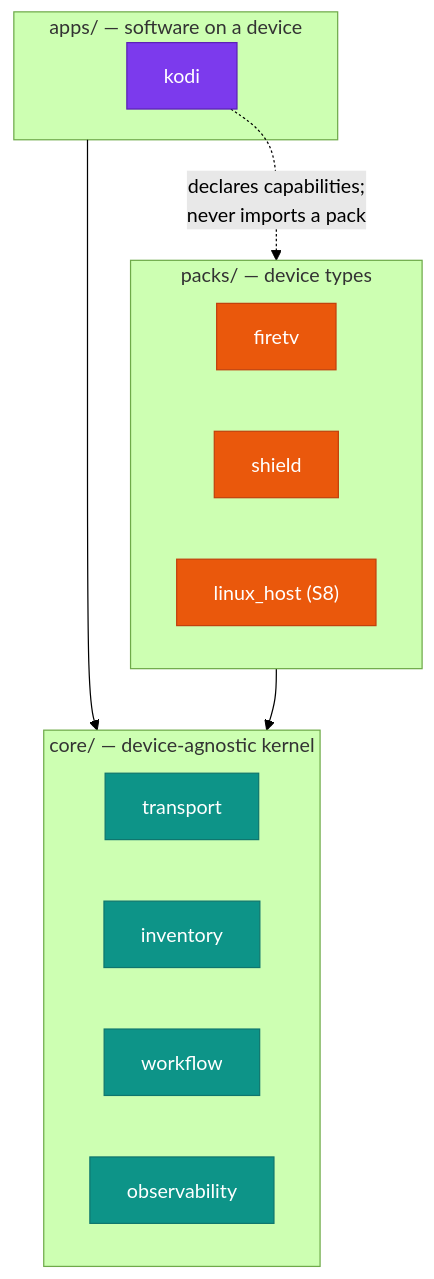
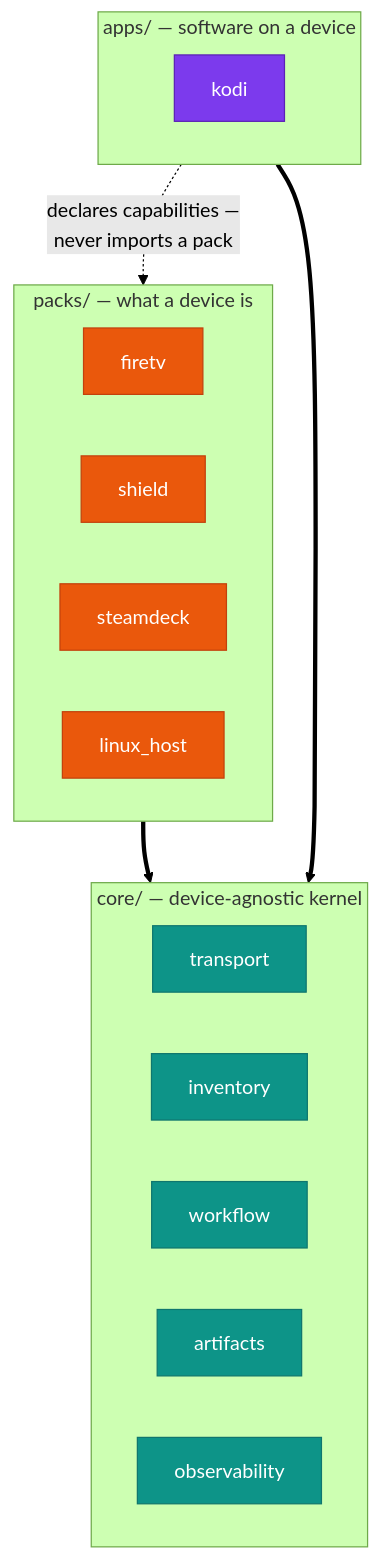
The first of 3 diagrams in README.md (salvuswarez/fleetctl), drawn with Mermaid (forest theme) before and after one commit. The commit also changed other lines of this file and 10 other files, not shown here.

````diff
--- a/README.md
+++ b/README.md
@@ -37,28 +36,35 @@
 ```mermaid
 flowchart TB
     subgraph apps["apps/ — software on a device"]
+        direction LR
         KODI["kodi"]
     end
-    subgraph packs["packs/ — device types"]
+
+    subgraph packs["packs/ — what a device is"]
+        direction LR
         FIRETV["firetv"]
         SHIELD["shield"]
-        LINUX["linux_host (S8)"]
+        DECK["steamdeck"]
+        LINUX["linux_host"]
     end
+
     subgraph core["core/ — device-agnostic kernel"]
+        direction LR
         T["transport"]
         I["inventory"]
         W["workflow"]
+        AR["artifacts"]
         O["observability"]
     end
 
-    apps --> core
-    packs --> core
-    KODI -.->|"declares capabilities;<br/>never imports a pack"| packs
+    KODI -. "declares capabilities —<br/>never imports a pack" .-> packs
+    apps ==> core
+    packs ==> core
 
     classDef a fill:#7c3aed,stroke:#5b21b6,color:#fff
     classDef p fill:#ea580c,stroke:#c2410c,color:#fff
     classDef c fill:#0d9488,stroke:#0f766e,color:#fff
     class KODI a
-    class FIRETV,SHIELD,LINUX p
-    class T,I,W,O c
+    class FIRETV,SHIELD,DECK,LINUX p
+    class T,I,W,AR,O c
 ```
````
